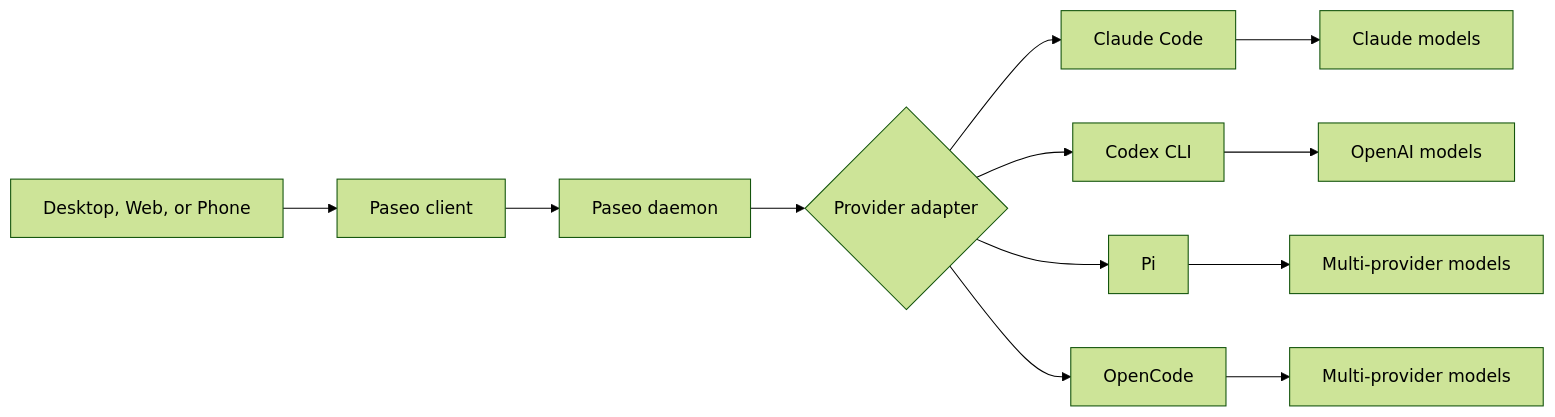
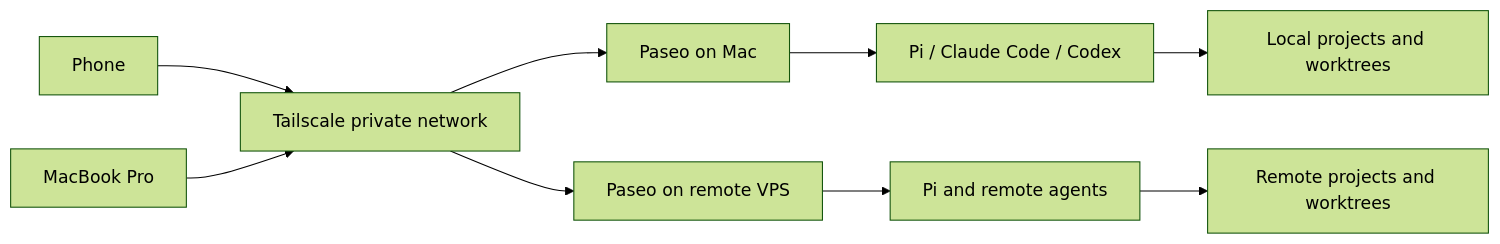
Before and after one commit to sagarsrc/sagarsarkale.com: the first of 2 diagrams in content/agents/paseo-control-plane-for-coding-agents.md, drawn with Mermaid (forest theme). The commit also changed other lines of this file and 3 other files, not shown here.

Commit message:
Rewrite Paseo guide around Tailscale setup

```diff
--- a/content/agents/paseo-control-plane-for-coding-agents.md
+++ b/content/agents/paseo-control-plane-for-coding-agents.md
@@ -39,14 +70,11 @@
 {{<mermaid>}}
 graph LR
-    User[Desktop, Web, or Phone] --> Paseo[Paseo client]
-    Paseo --> Daemon[Paseo daemon]
-    Daemon --> Adapter{Provider adapter}
-    Adapter --> Claude[Claude Code]
-    Adapter --> Codex[Codex CLI]
-    Adapter --> Pi[Pi]
-    Adapter --> OpenCode[OpenCode]
-    Claude --> Models1[Claude models]
-    Codex --> Models2[OpenAI models]
-    Pi --> Models3[Multi-provider models]
-    OpenCode --> Models4[Multi-provider models]
+    Phone[Phone] --> Tailnet[Tailscale private network]
+    Mac[MacBook Pro] --> Tailnet
+    Tailnet --> MacDaemon[Paseo on Mac]
+    Tailnet --> VPSDaemon[Paseo on remote VPS]
+    MacDaemon --> LocalAgents[Pi / Claude Code / Codex]
+    VPSDaemon --> RemoteAgents[Pi and remote agents]
+    LocalAgents --> LocalRepos[Local projects and worktrees]
+    RemoteAgents --> RemoteRepos[Remote projects and worktrees]
 {{</mermaid>}}
```
